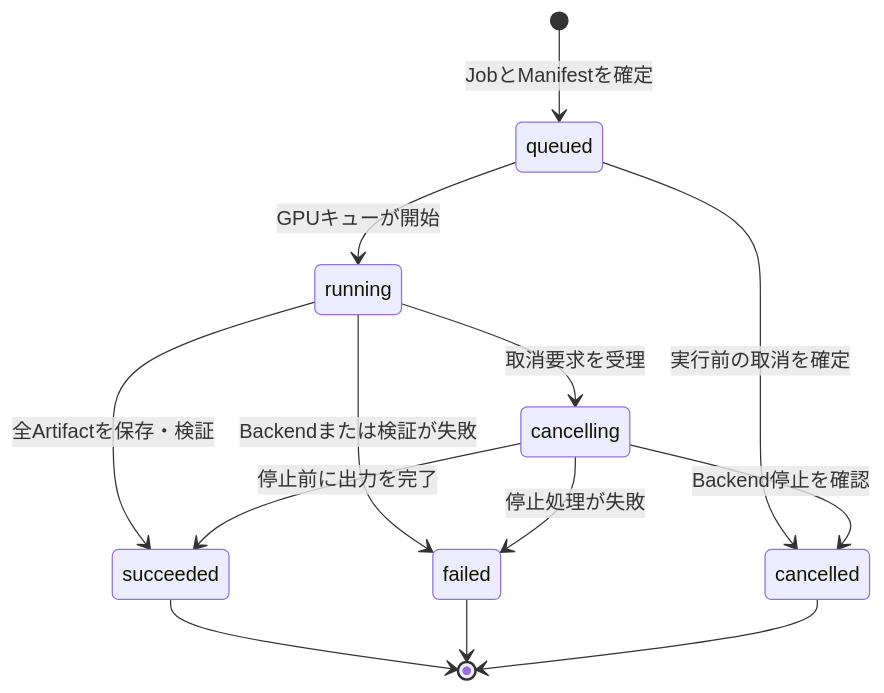
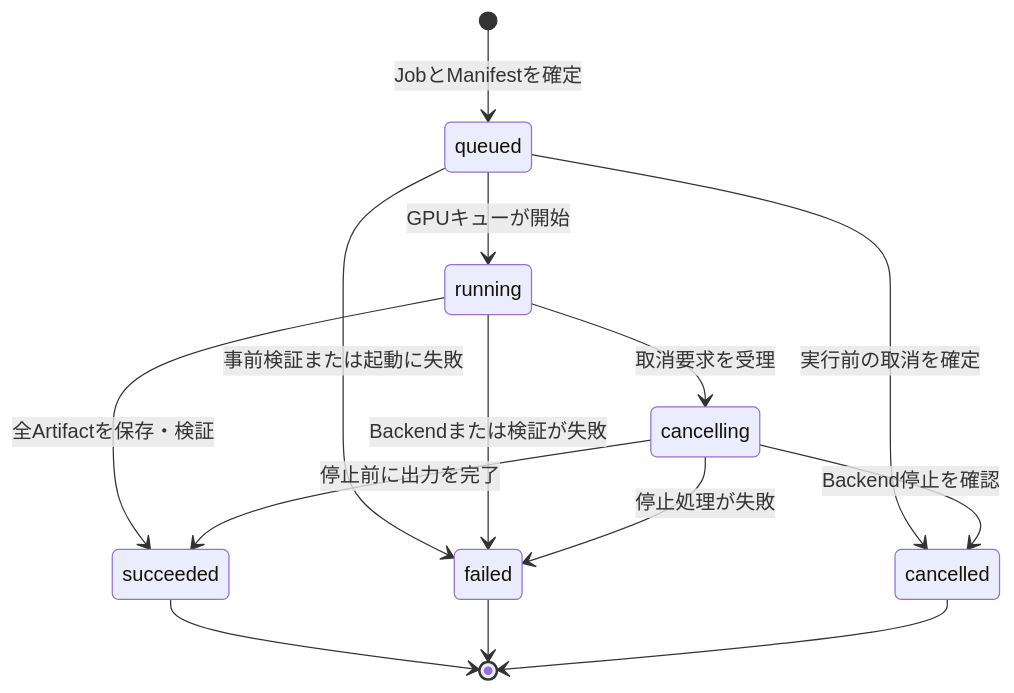
One commit to Sylphy0052/MyComfyUI changed the diagram in docs/design/generation-records.md. Above: the diagram before and after it, drawn with Mermaid. The commit also changed other lines of this file, not shown here.

Commit message:
fix(schema): レビュー指摘を反映

````diff
--- a/docs/design/generation-records.md
+++ b/docs/design/generation-records.md
@@ -104,15 +106,16 @@
 ```mermaid
 stateDiagram-v2
     [*] --> queued: JobとManifestを確定
     queued --> running: GPUキューが開始
+    queued --> failed: 事前検証または起動に失敗
     queued --> cancelled: 実行前の取消を確定
     running --> succeeded: 全Artifactを保存・検証
     running --> failed: Backendまたは検証が失敗
     running --> cancelling: 取消要求を受理
     cancelling --> cancelled: Backend停止を確認
     cancelling --> succeeded: 停止前に出力を完了
     cancelling --> failed: 停止処理が失敗
     succeeded --> [*]
     failed --> [*]
     cancelled --> [*]
 ```
````
